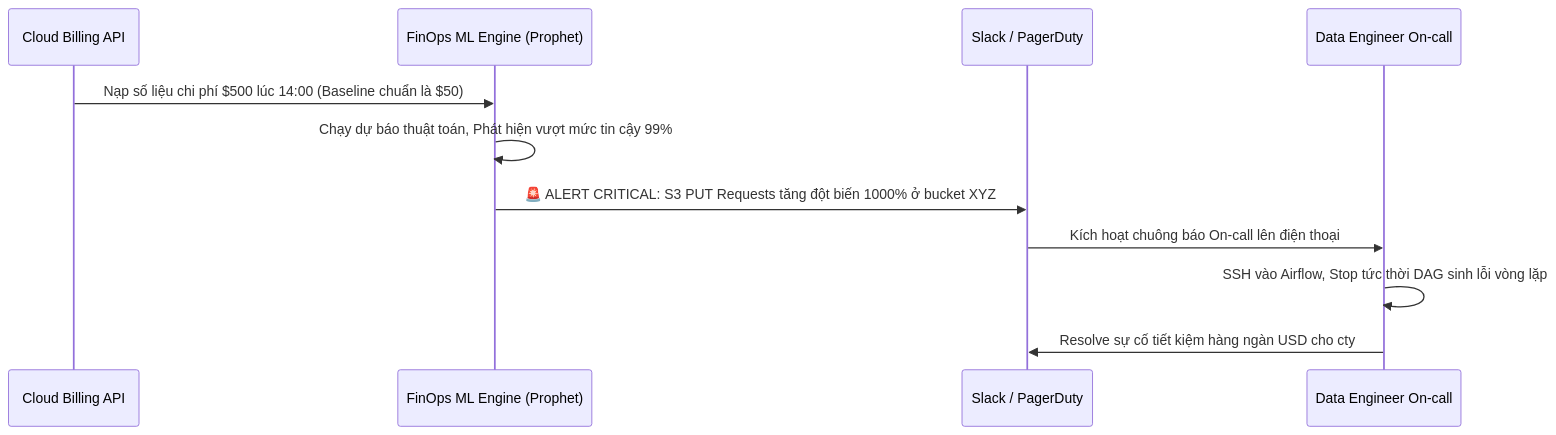
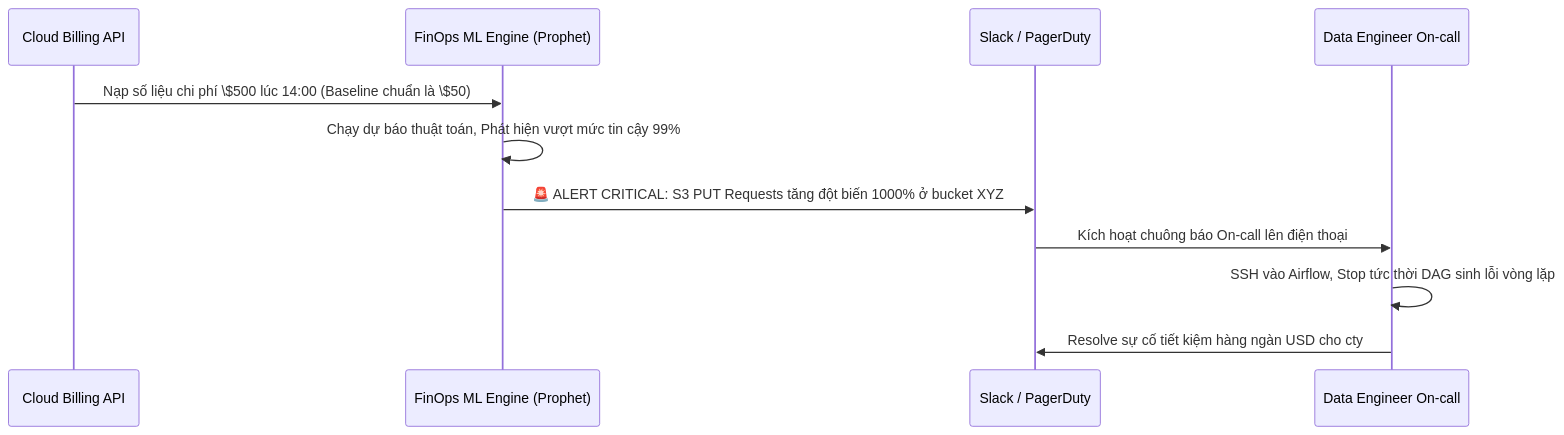
One commit to kythuatdulieu/kythuatdulieu.github.io changed the fourth of 4 diagrams in src/content/docs/projects/system-design/finops-architecture.md. Above: the diagram before and after it, drawn with Mermaid. The commit also changed other lines of this file and 190 other files, not shown here.

Commit message:
fix: resolve mermaid syntax, math rendering, and metadata issues from content rewrite

````diff
--- a/src/content/docs/projects/system-design/finops-architecture.md
+++ b/src/content/docs/projects/system-design/finops-architecture.md
@@ -326,14 +326,14 @@
 ```mermaid
 sequenceDiagram
     participant BillingAPI as Cloud Billing API
     participant MLEngine as FinOps ML Engine (Prophet)
     participant Alerting as Slack / PagerDuty
     participant DataEngineer as Data Engineer On-call
     
-    BillingAPI->>MLEngine: Nạp số liệu chi phí $500 lúc 14:00 (Baseline chuẩn là $50)
+    BillingAPI->>MLEngine: Nạp số liệu chi phí \$500 lúc 14:00 (Baseline chuẩn là \$50)
     MLEngine->>MLEngine: Chạy dự báo thuật toán, Phát hiện vượt mức tin cậy 99%
     MLEngine->>Alerting: 🚨 ALERT CRITICAL: S3 PUT Requests tăng đột biến 1000% ở bucket XYZ
     Alerting->>DataEngineer: Kích hoạt chuông báo On-call lên điện thoại
     DataEngineer->>DataEngineer: SSH vào Airflow, Stop tức thời DAG sinh lỗi vòng lặp
     DataEngineer->>Alerting: Resolve sự cố tiết kiệm hàng ngàn USD cho cty
 ```
````
